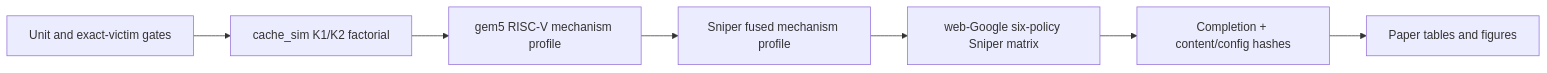
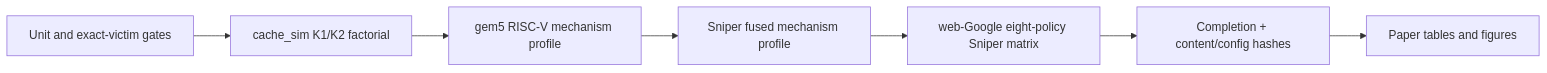
One commit to UVA-LavaLab/GraphBrew changed the fourth of 4 diagrams in wiki/ECG-HPCA-Paper.md. Above: the diagram before and after it, drawn with Mermaid. The commit also changed other lines of this file and 69 other files, not shown here.

````diff
--- a/wiki/ECG-HPCA-Paper.md
+++ b/wiki/ECG-HPCA-Paper.md
@@ -175,9 +192,9 @@
 ```mermaid
 flowchart LR
     A[Unit and exact-victim gates] --> B[cache_sim K1/K2 factorial]
     B --> C[gem5 RISC-V mechanism profile]
     C --> D[Sniper fused mechanism profile]
-    D --> E[web-Google six-policy Sniper matrix]
+    D --> E[web-Google eight-policy Sniper matrix]
     E --> F[Completion + content/config hashes]
     F --> G[Paper tables and figures]
 ```
````
